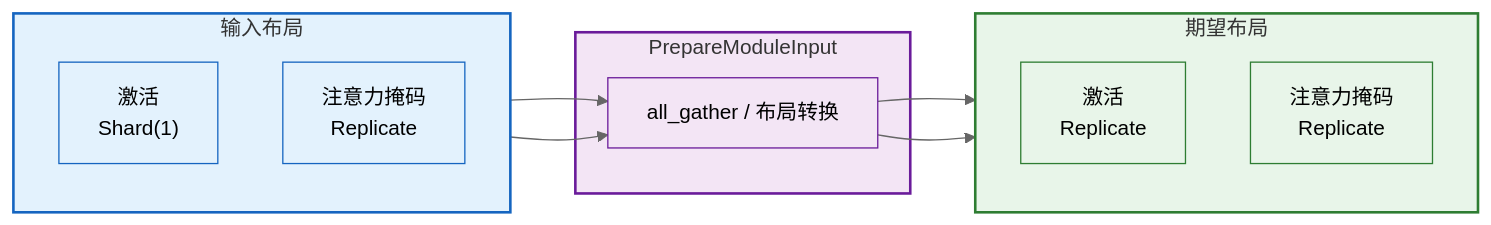
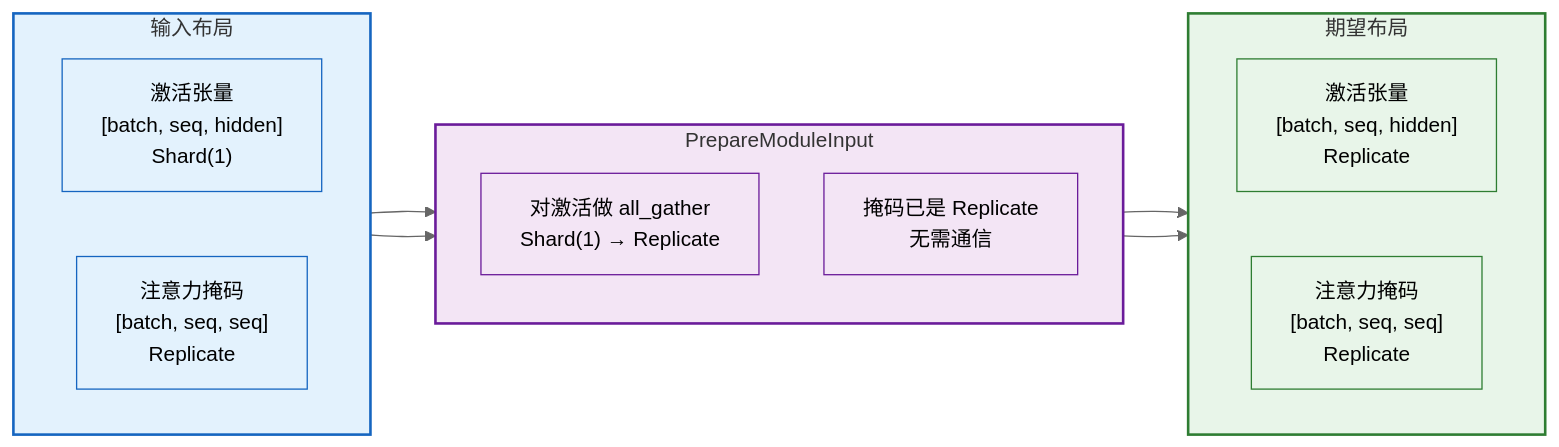
One commit to jianzhnie/ScaleTorch changed diagram 15 of 18 in docs/fsdp2_tp_tutorial.md. Above: the diagram before and after it, drawn with Mermaid (neutral theme). The commit also changed other lines of this file, not shown here.

````diff
--- a/docs/fsdp2_tp_tutorial.md
+++ b/docs/fsdp2_tp_tutorial.md
@@ -1006,32 +1191,33 @@
 ```mermaid
 flowchart LR
     subgraph In["输入布局"]
-        direction TB
-        I0["激活\nShard(1)"]
-        I1["注意力掩码\nReplicate"]
+        direction LR
+        I0_Act["激活张量\n[batch, seq, hidden]\nShard(1)"]
+        I1_Mask["注意力掩码\n[batch, seq, seq]\nReplicate"]
     end
 
     subgraph Prep["PrepareModuleInput"]
-        P["all_gather / 布局转换"]
+        direction TB
+        P0["对激活做 all_gather\nShard(1) → Replicate"]
+        P1["掩码已是 Replicate\n无需通信"]
     end
 
     subgraph Out["期望布局"]
-        direction TB
-        O0["激活\nReplicate"]
-        O1["注意力掩码\nReplicate"]
+        direction LR
+        O0_Act["激活张量\n[batch, seq, hidden]\nReplicate"]
+        O1_Mask["注意力掩码\n[batch, seq, seq]\nReplicate"]
     end
 
-    I0 --> P
-    I1 --> P
-    P --> O0
-    P --> O1
+    I0_Act --> P0 --> O0_Act
+    I1_Mask --> P1 --> O1_Mask
 
     style In fill:#e3f2fd,stroke:#1565c0,stroke-width:2px
     style Prep fill:#f3e5f5,stroke:#6a1b9a,stroke-width:2px
     style Out fill:#e8f5e9,stroke:#2e7d32,stroke-width:2px
-    style I0 fill:#e3f2fd,stroke:#1565c0
-    style I1 fill:#e3f2fd,stroke:#1565c0
-    style P fill:#f3e5f5,stroke:#6a1b9a
-    style O0 fill:#e8f5e9,stroke:#2e7d32
-    style O1 fill:#e8f5e9,stroke:#2e7d32
+    style I0_Act fill:#e3f2fd,stroke:#1565c0
+    style I1_Mask fill:#e3f2fd,stroke:#1565c0
+    style P0 fill:#f3e5f5,stroke:#6a1b9a
+    style P1 fill:#f3e5f5,stroke:#6a1b9a
+    style O0_Act fill:#e8f5e9,stroke:#2e7d32
+    style O1_Mask fill:#e8f5e9,stroke:#2e7d32
 ```
````
